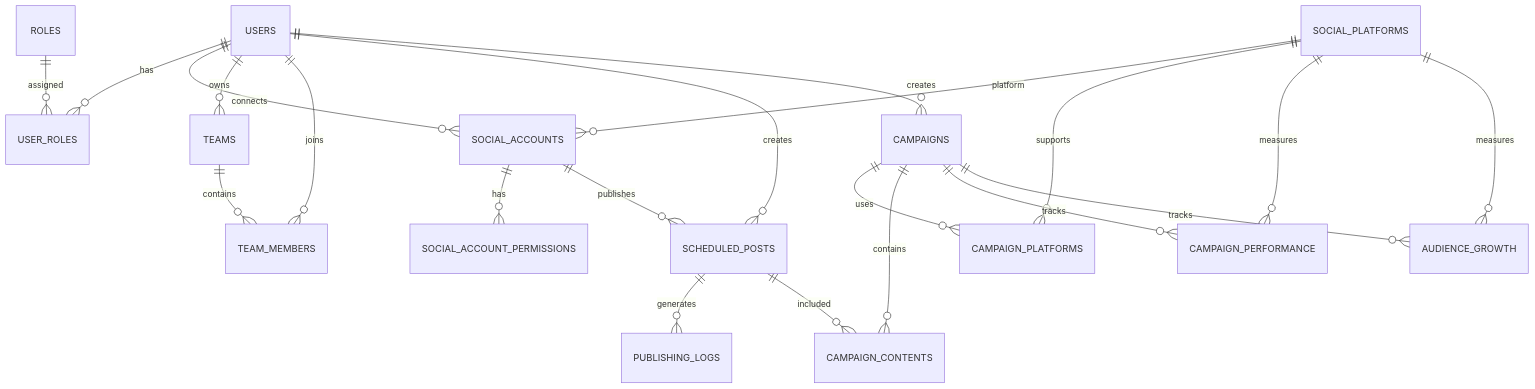
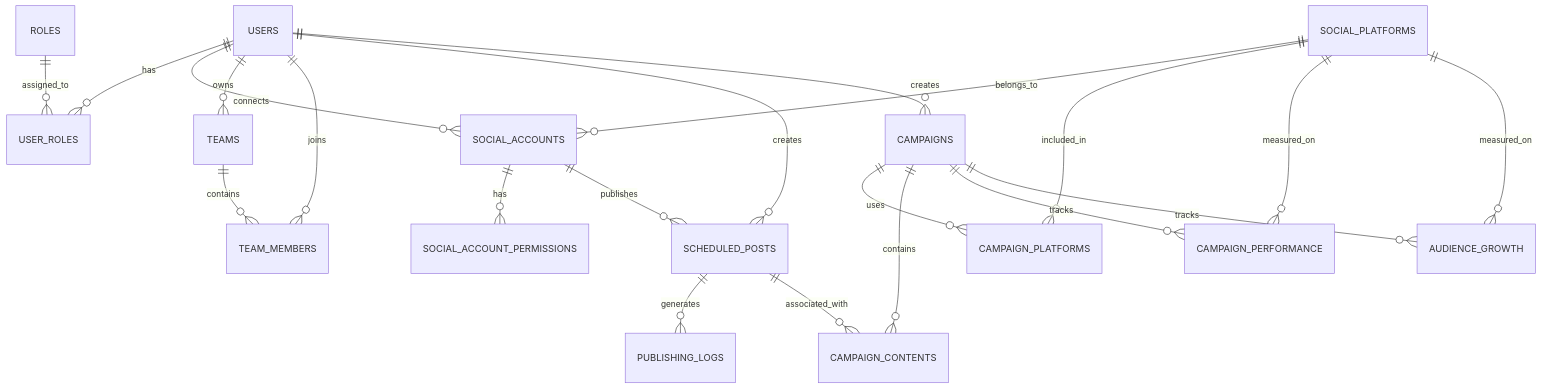
Before and after one commit to springboardmentor107t-creator/Social-Media-Scheduler-Campaign-Management-Platform_July-26_Team-B: the diagram in database/DATABASE_SCHEMA.md, drawn with Mermaid. The commit also changed other lines of this file, not shown here.

Commit message:
docs: complete database schema for milestone 3

````diff
--- a/database/DATABASE_SCHEMA.md
+++ b/database/DATABASE_SCHEMA.md
@@ -480,34 +417,34 @@
 ```mermaid
 erDiagram
 
     USERS ||--o{ USER_ROLES : has
-    ROLES ||--o{ USER_ROLES : assigned
+    ROLES ||--o{ USER_ROLES : assigned_to
 
     USERS ||--o{ SOCIAL_ACCOUNTS : connects
-    SOCIAL_PLATFORMS ||--o{ SOCIAL_ACCOUNTS : platform
+    SOCIAL_PLATFORMS ||--o{ SOCIAL_ACCOUNTS : belongs_to
 
     SOCIAL_ACCOUNTS ||--o{ SOCIAL_ACCOUNT_PERMISSIONS : has
 
     USERS ||--o{ TEAMS : owns
     USERS ||--o{ TEAM_MEMBERS : joins
     TEAMS ||--o{ TEAM_MEMBERS : contains
 
     USERS ||--o{ SCHEDULED_POSTS : creates
     SOCIAL_ACCOUNTS ||--o{ SCHEDULED_POSTS : publishes
 
     SCHEDULED_POSTS ||--o{ PUBLISHING_LOGS : generates
 
     USERS ||--o{ CAMPAIGNS : creates
 
     CAMPAIGNS ||--o{ CAMPAIGN_PLATFORMS : uses
-    SOCIAL_PLATFORMS ||--o{ CAMPAIGN_PLATFORMS : supports
+    SOCIAL_PLATFORMS ||--o{ CAMPAIGN_PLATFORMS : included_in
 
     CAMPAIGNS ||--o{ CAMPAIGN_CONTENTS : contains
-    SCHEDULED_POSTS ||--o{ CAMPAIGN_CONTENTS : included
+    SCHEDULED_POSTS ||--o{ CAMPAIGN_CONTENTS : associated_with
 
     CAMPAIGNS ||--o{ CAMPAIGN_PERFORMANCE : tracks
-    SOCIAL_PLATFORMS ||--o{ CAMPAIGN_PERFORMANCE : measures
+    SOCIAL_PLATFORMS ||--o{ CAMPAIGN_PERFORMANCE : measured_on
 
     CAMPAIGNS ||--o{ AUDIENCE_GROWTH : tracks
-    SOCIAL_PLATFORMS ||--o{ AUDIENCE_GROWTH : measures
+    SOCIAL_PLATFORMS ||--o{ AUDIENCE_GROWTH : measured_on
 ```
````
